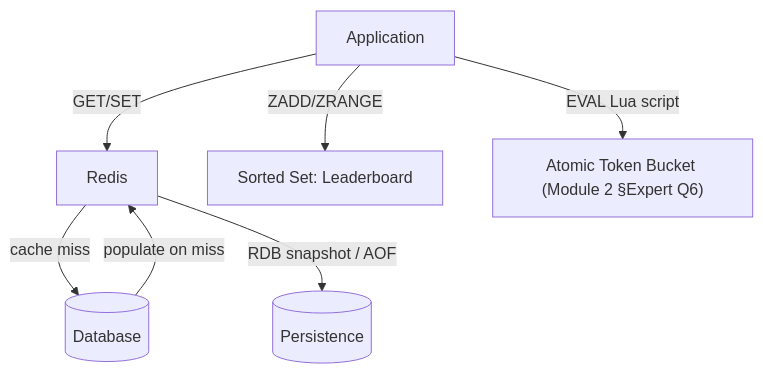
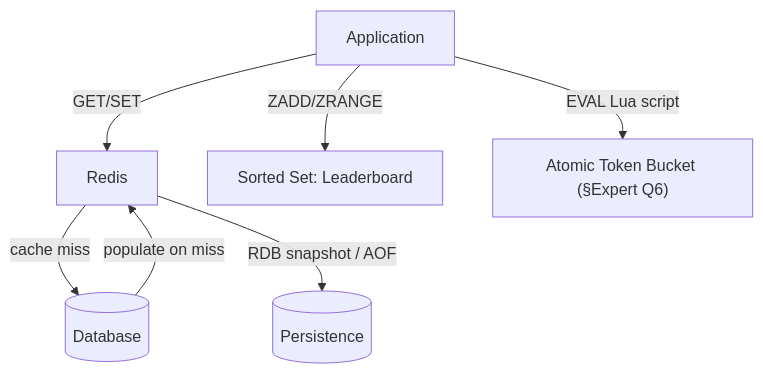
Before and after one commit to umashankarp/InterviewQuestions: the diagram in 07-Redis/01-Data-Structures-Caching-Patterns.md, drawn with Mermaid. The commit also changed other lines of this file and 173 other files, not shown here.

````diff
--- a/07-Redis/01-Data-Structures-Caching-Patterns.md
+++ b/07-Redis/01-Data-Structures-Caching-Patterns.md
@@ -50,9 +50,9 @@
 ```mermaid
 graph TB
-    App[Application] -->|GET/SET| Cache[Redis]
-    Cache -->|cache miss| DB[(Database)]
-    DB -->|populate on miss| Cache
-    App -->|ZADD/ZRANGE| Leaderboard["Sorted Set: Leaderboard"]
-    App -->|EVAL Lua script| RateLimiter["Atomic Token Bucket (Module 2 §Expert Q6)"]
-    Cache -->|RDB snapshot / AOF| Disk[(Persistence)]
+ App[Application] -->|GET/SET| Cache[Redis]
+ Cache -->|cache miss| DB[(Database)]
+ DB -->|populate on miss| Cache
+ App -->|ZADD/ZRANGE| Leaderboard["Sorted Set: Leaderboard"]
+ App -->|EVAL Lua script| RateLimiter["Atomic Token Bucket (§Expert Q6)"]
+ Cache -->|RDB snapshot / AOF| Disk[(Persistence)]
 ```
````
